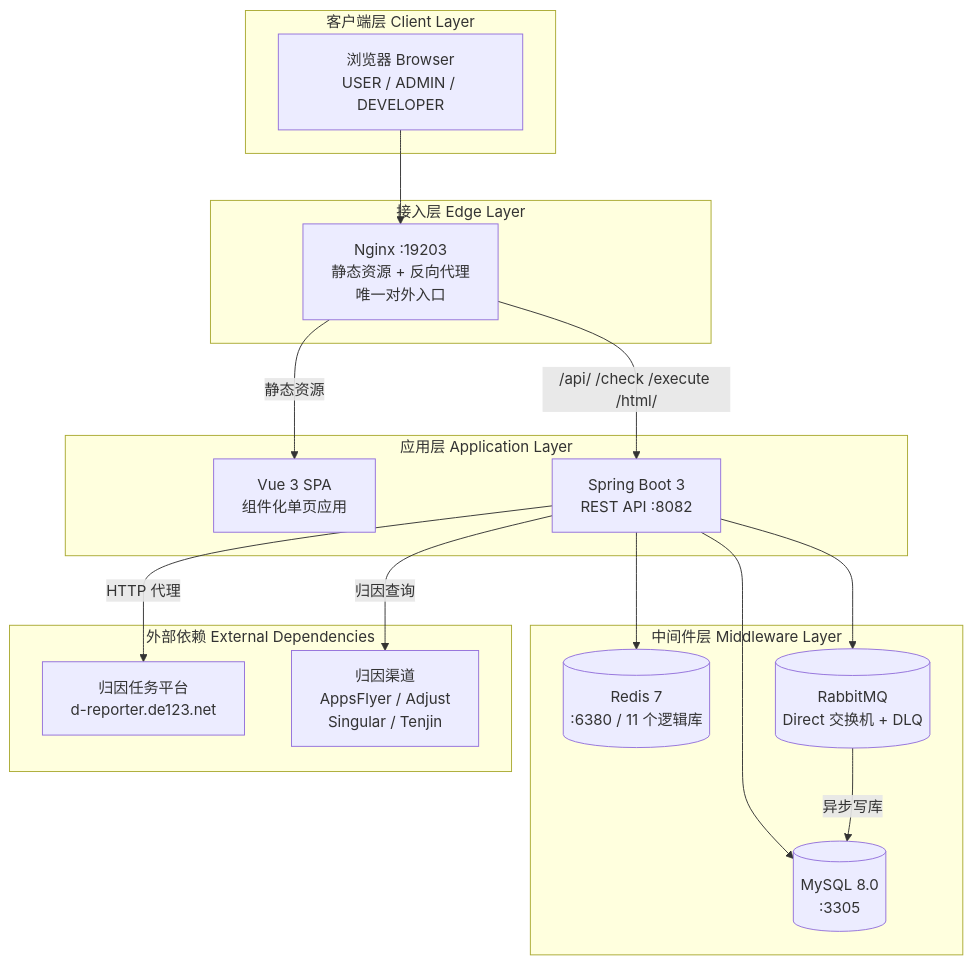
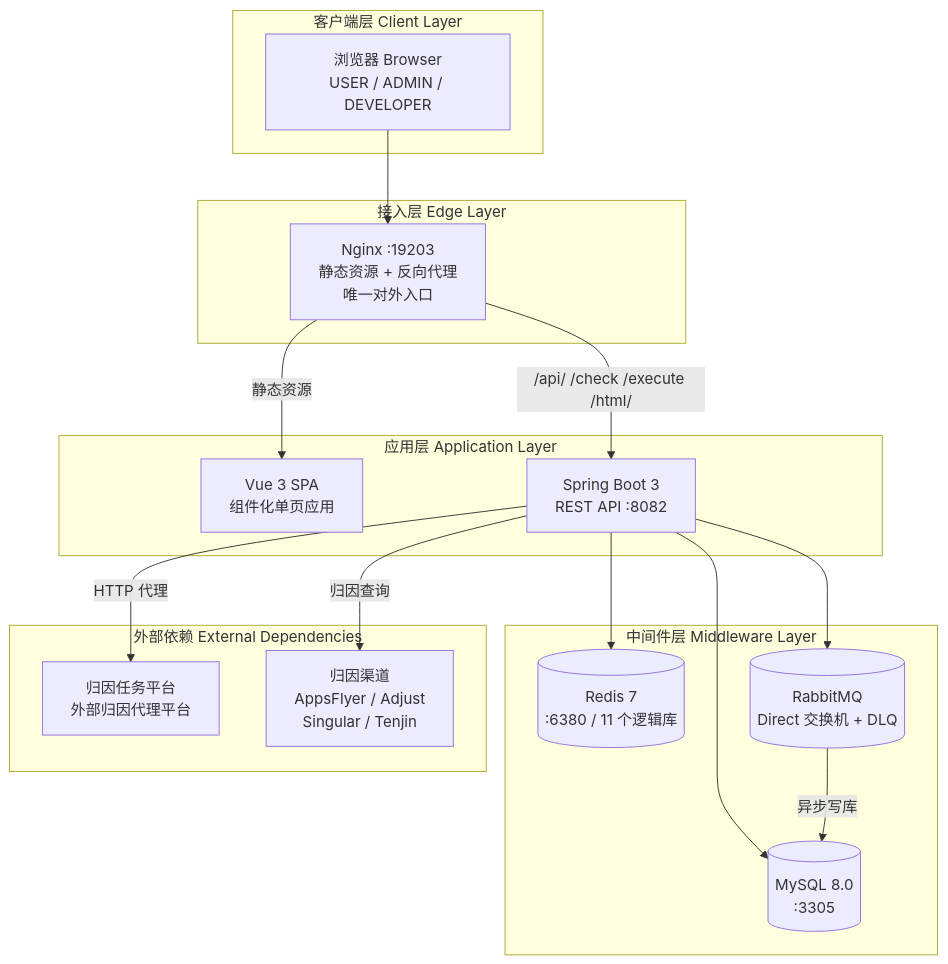
One commit to MacawParrot-g/data-traffic-system-YQ5287476 changed the first of 6 diagrams in README.md. Above: the diagram before and after it, drawn with Mermaid. The commit also changed other lines of this file and 1 other file, not shown here.

````diff
--- a/README.md
+++ b/README.md
@@ -99,36 +99,36 @@
 ```mermaid
 graph TB
     subgraph CL["客户端层 Client Layer"]
         B["浏览器 Browser<br/>USER / ADMIN / DEVELOPER"]
     end
 
     subgraph EDGE["接入层 Edge Layer"]
         N["Nginx :19203<br/>静态资源 + 反向代理<br/>唯一对外入口"]
     end
 
     subgraph APP["应用层 Application Layer"]
         FE["Vue 3 SPA<br/>组件化单页应用"]
         BE["Spring Boot 3<br/>REST API :8082"]
     end
 
     subgraph MID["中间件层 Middleware Layer"]
         DB[("MySQL 8.0<br/>:3305")]
         RD[("Redis 7<br/>:6380 / 11 个逻辑库")]
         MQ[("RabbitMQ<br/>Direct 交换机 + DLQ")]
     end
 
     subgraph EXT["外部依赖 External Dependencies"]
-        UP["归因任务平台<br/>d-reporter.de123.net"]
+        UP["归因任务平台<br/>外部归因代理平台"]
         MMP["归因渠道<br/>AppsFlyer / Adjust<br/>Singular / Tenjin"]
     end
 
     B --> N
     N -->|"静态资源"| FE
     N -->|"/api/ /check /execute /html/"| BE
     BE --> DB
     BE --> RD
     BE --> MQ
     BE -->|"HTTP 代理"| UP
     BE -->|"归因查询"| MMP
     MQ -->|"异步写库"| DB
 ```
````
